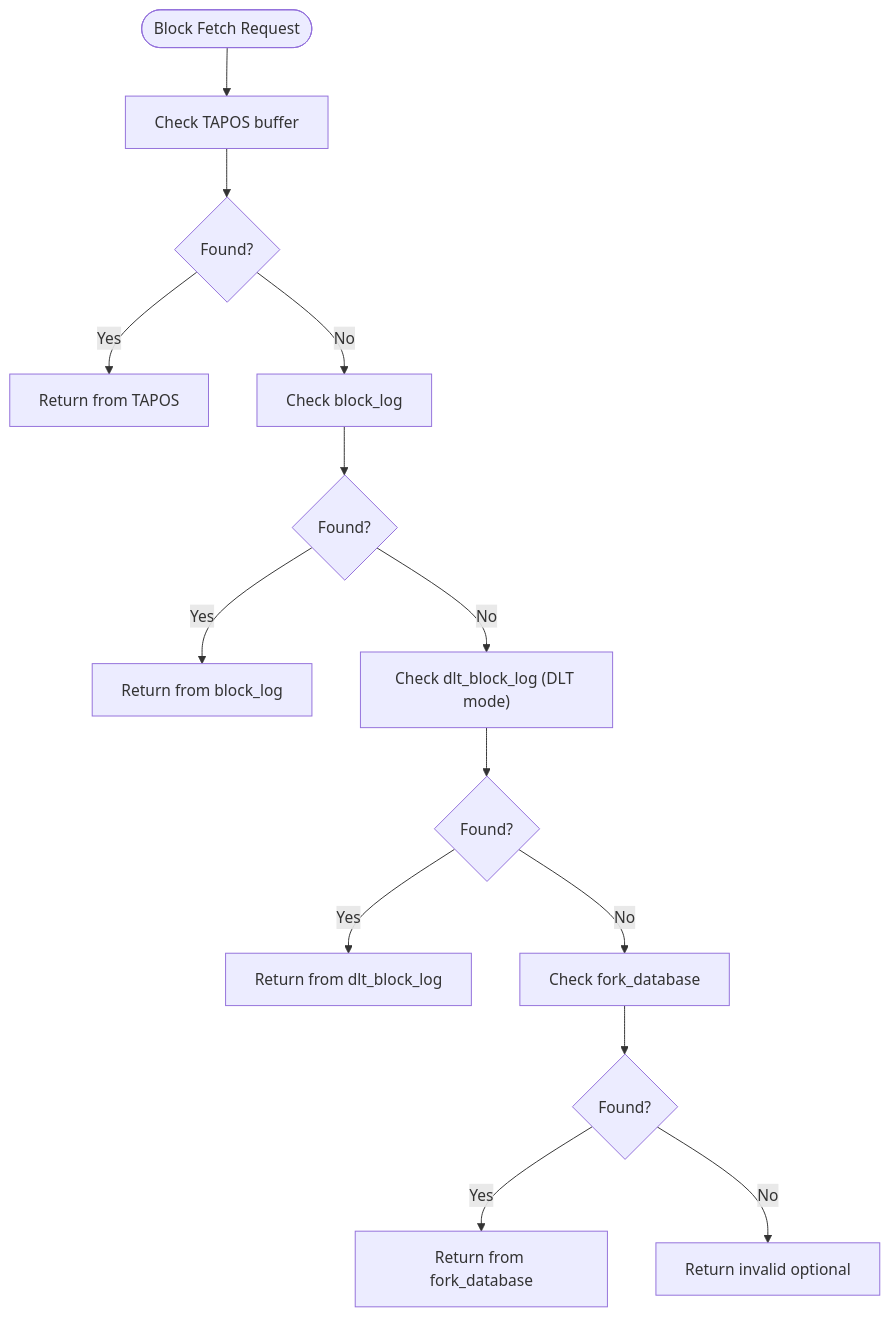
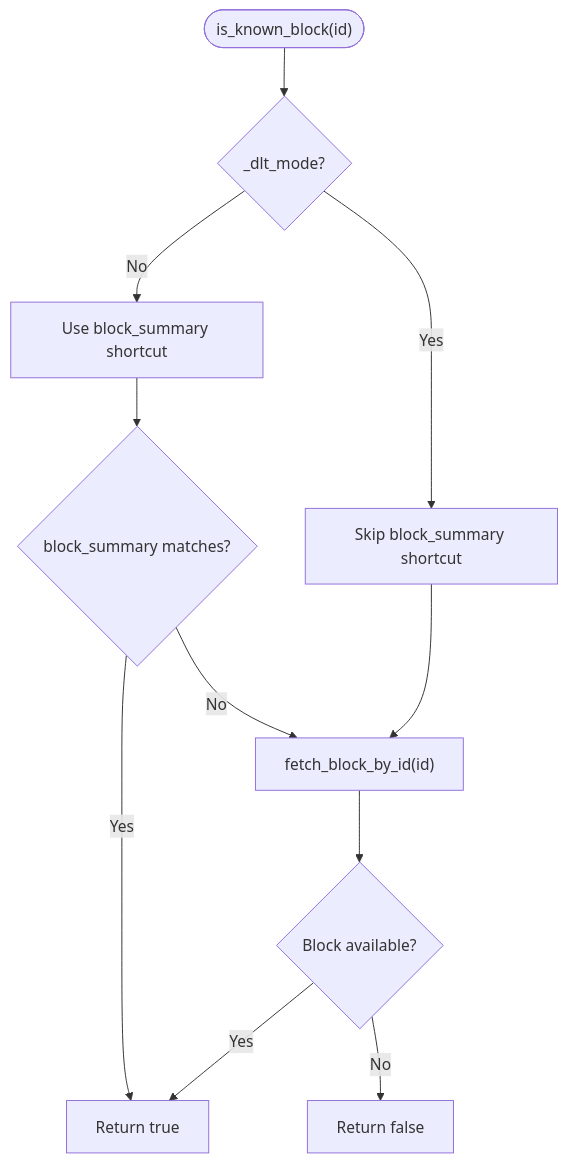
The fifth of 12 diagrams in .qoder/repowiki/en/content/Architecture Overview/Core Libraries/Chain Library/Database Management/Database Management.md (VIZ-Blockchain/viz-cpp-node), drawn with Mermaid before and after one commit. The commit also changed other lines of this file and 4 other files, not shown here.

First line of the commit message:
feat(dlt): enhance DLT mode detection, validation, and error handling

````diff
--- a/.qoder/repowiki/en/content/Architecture Overview/Core Libraries/Chain Library/Database Management/Database Management.md
+++ b/.qoder/repowiki/en/content/Architecture Overview/Core Libraries/Chain Library/Database Management/Database Management.md
@@ -243,16 +279,13 @@
 ```mermaid
 flowchart TD
-Start(["Block Fetch Request"]) --> Tapos["Check TAPOS buffer"]
-Tapos --> Found1{"Found?"}
-Found1 --> |Yes| Return1["Return from TAPOS"]
-Found1 --> |No| BlockLog["Check block_log"]
-BlockLog --> Found2{"Found?"}
-Found2 --> |Yes| Return2["Return from block_log"]
-Found2 --> |No| DLTLog["Check dlt_block_log (DLT mode)"]
-DLTLog --> Found3{"Found?"}
-Found3 --> |Yes| Return3["Return from dlt_block_log"]
-Found3 --> |No| ForkDB["Check fork_database"]
-ForkDB --> Found4{"Found?"}
-Found4 --> |Yes| Return4["Return from fork_database"]
-Found4 --> |No| Error["Return invalid optional"]
+Start(["is_known_block(id)"]) --> CheckDLT{"_dlt_mode?"}
+CheckDLT --> |No| BlockSummary["Use block_summary shortcut"]
+CheckDLT --> |Yes| SkipShortcut["Skip block_summary shortcut"]
+SkipShortcut --> FetchActual["fetch_block_by_id(id)"]
+BlockSummary --> CheckSummary{"block_summary matches?"}
+CheckSummary --> |Yes| ReturnTrue["Return true"]
+CheckSummary --> |No| FetchActual
+FetchActual --> Valid{"Block available?"}
+Valid --> |Yes| ReturnTrue
+Valid --> |No| ReturnFalse["Return false"]
 ```
````
